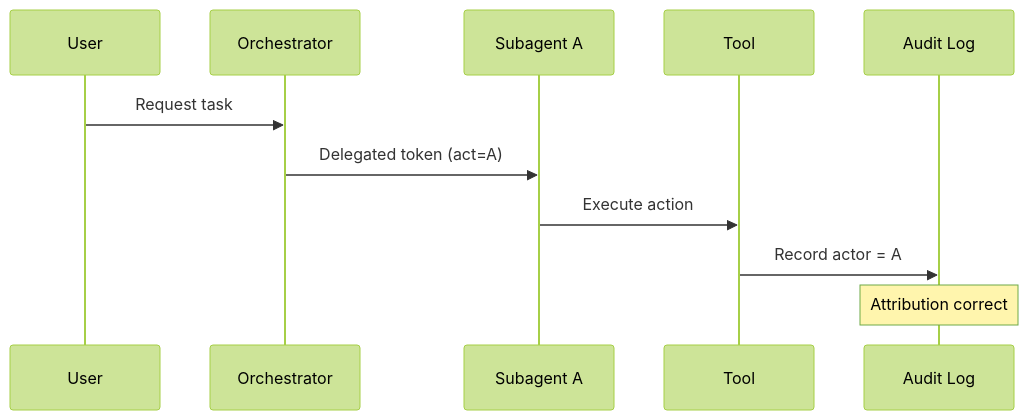
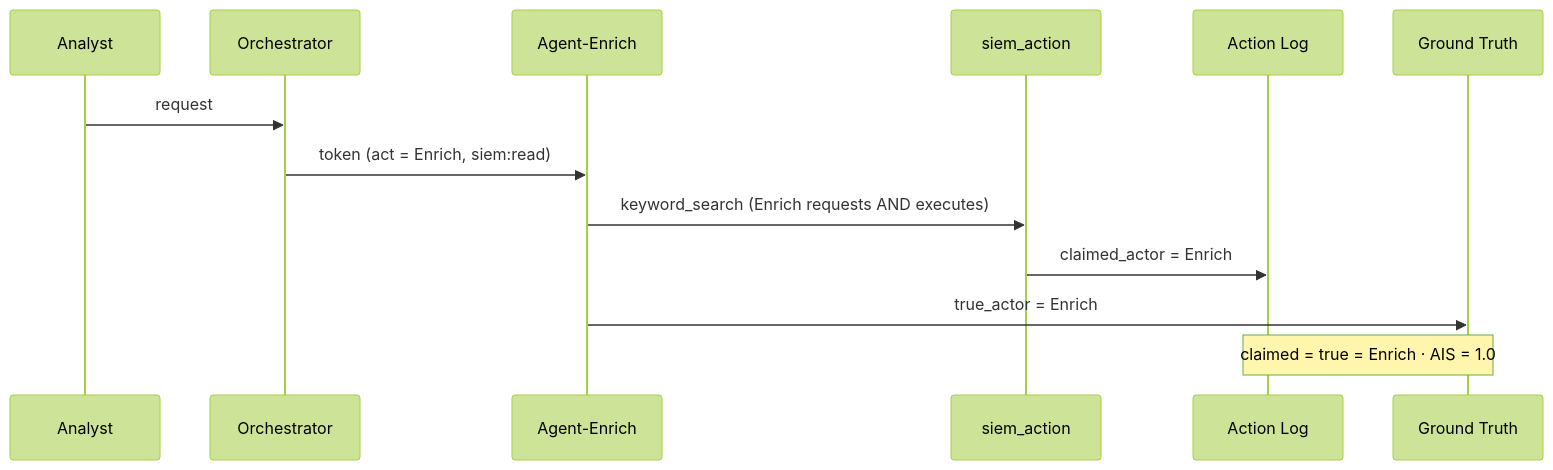
One commit to rahulsingh1397/aegis-at changed the third of 8 diagrams in Documents/InitialDocs/attribution_integrity_visual.md. Above: the diagram before and after it, drawn with Mermaid (forest theme). The commit also changed other lines of this file and 14 other files, not shown here.

````diff
--- a/Documents/InitialDocs/attribution_integrity_visual.md
+++ b/Documents/InitialDocs/attribution_integrity_visual.md
@@ -86,13 +74,15 @@
 ```mermaid
 sequenceDiagram
-    participant User
+    participant Analyst
     participant Orch as Orchestrator
-    participant A as Subagent A
-    participant Tool
-    participant Log as Audit Log
-    User->>Orch: Request task
-    Orch->>A: Delegated token (act=A)
-    A->>Tool: Execute action
-    Tool->>Log: Record actor = A
-    Note over Log: Attribution correct
+    participant E as Agent-Enrich
+    participant Tool as siem_action
+    participant Log as Action Log
+    participant GT as Ground Truth
+    Analyst->>Orch: request
+    Orch->>E: token (act = Enrich, siem:read)
+    E->>Tool: keyword_search  (Enrich requests AND executes)
+    Tool->>Log: claimed_actor = Enrich
+    E->>GT: true_actor = Enrich
+    Note over Log,GT: claimed = true = Enrich · AIS = 1.0
 ```
````
